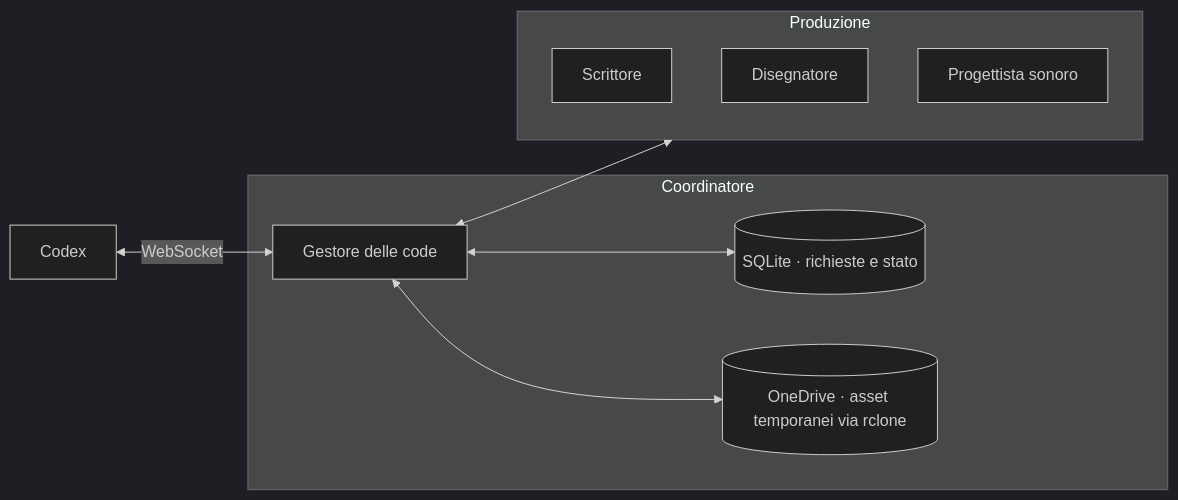
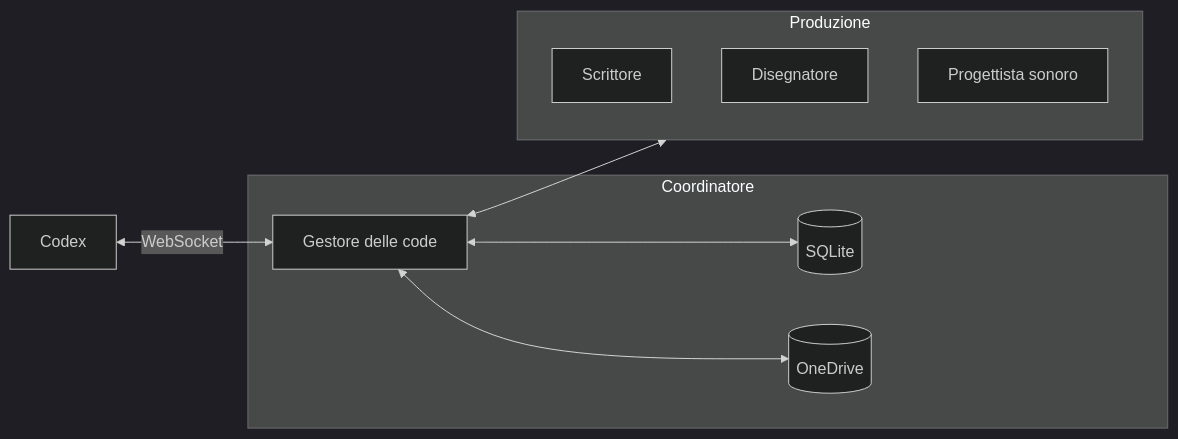
The second of 9 diagrams in README.md (DRincs-Productions/LM-Studio), drawn with Mermaid (dark theme) before and after one commit.

Commit message:
docs: shorten coordinator storage labels

````diff
--- a/README.md
+++ b/README.md
@@ -73,18 +73,18 @@
 ```mermaid
 flowchart LR
     R[Codex]
     subgraph COORD[Coordinatore]
         C[Gestore delle code]
-        DB[(SQLite · richieste e stato)]
-        OD[(OneDrive · asset temporanei via rclone)]
+        DB[(SQLite)]
+        OD[(OneDrive)]
     end
     subgraph PRODUZIONE[Produzione]
         W[Scrittore]
         D[Disegnatore]
         S[Progettista sonoro]
     end
     R <-->|WebSocket| C
     C <--> DB
     C <--> OD
     C <--> PRODUZIONE
 ```
````
